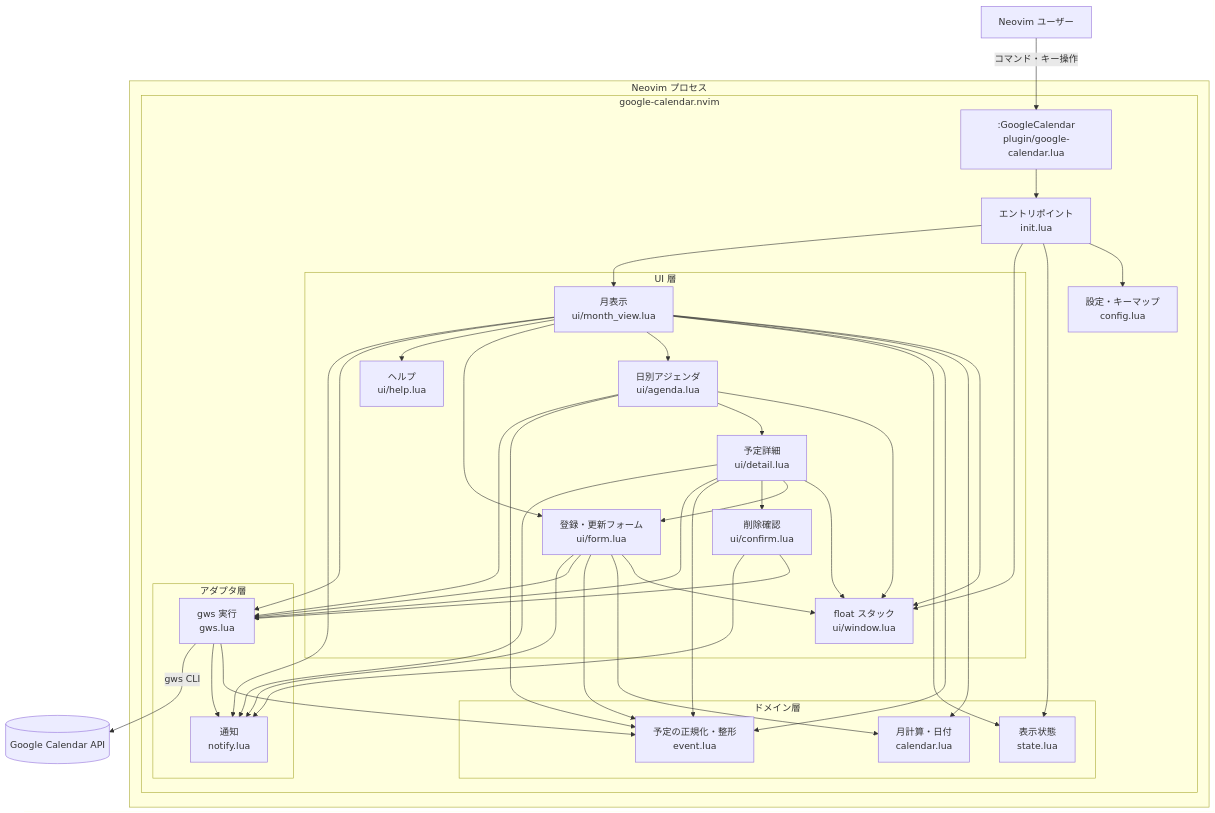
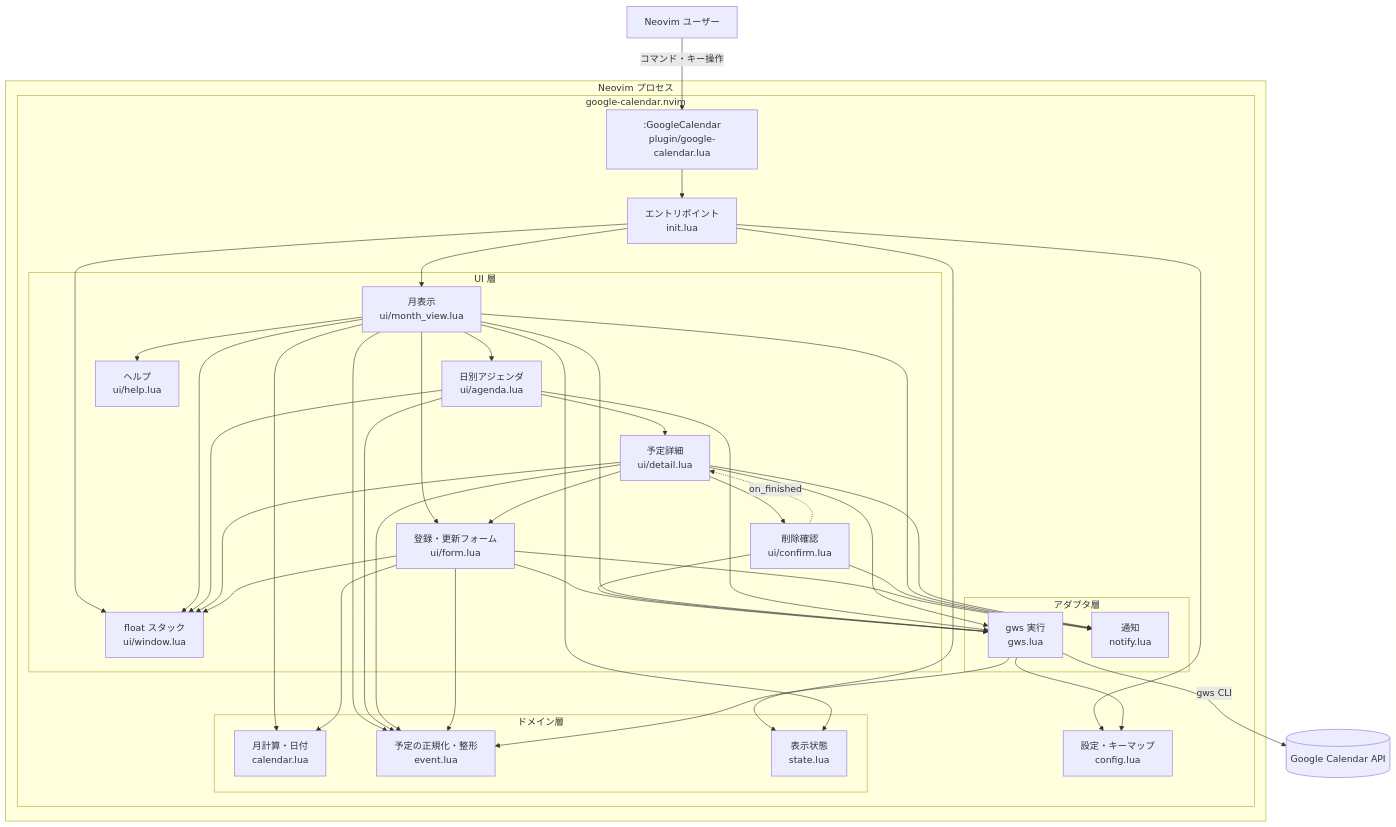
Before and after one commit to skanehira/google-calendar.nvim: the diagram in docs/design/DESIGN.md, drawn with Mermaid. The commit also changed other lines of this file and 36 other files, not shown here.

````diff
--- a/docs/design/DESIGN.md
+++ b/docs/design/DESIGN.md
@@ -55,78 +55,79 @@
 ```mermaid
 flowchart TB
     User[Neovim ユーザー]
 
     subgraph nvim[Neovim プロセス]
         subgraph plugin[google-calendar.nvim]
             Cmd[":GoogleCalendar<br/>plugin/google-calendar.lua"]
             Init["エントリポイント<br/>init.lua"]
             Config["設定・キーマップ<br/>config.lua"]
 
             subgraph ui[UI 層]
                 Stack["float スタック<br/>ui/window.lua"]
                 Month["月表示<br/>ui/month_view.lua"]
                 Agenda["日別アジェンダ<br/>ui/agenda.lua"]
                 Detail["予定詳細<br/>ui/detail.lua"]
                 Form["登録・更新フォーム<br/>ui/form.lua"]
                 Help["ヘルプ<br/>ui/help.lua"]
                 Confirm["削除確認<br/>ui/confirm.lua"]
             end
 
             subgraph domain[ドメイン層]
                 Calendar["月計算・日付<br/>calendar.lua"]
                 Event["予定の正規化・整形<br/>event.lua"]
                 State["表示状態<br/>state.lua"]
             end
 
             subgraph adapter[アダプタ層]
                 GWS["gws 実行<br/>gws.lua"]
                 Notify["通知<br/>notify.lua"]
             end
         end
     end
 
     GWSAPI[(Google Calendar API)]
 
     User -->|コマンド・キー操作| Cmd
     Cmd --> Init
     Init --> Config
     Init --> State
     Init --> Stack
     Init --> Month
 
     Month --> Stack
     Month --> Calendar
     Month --> Event
     Month --> State
     Month --> Agenda
     Month --> Form
     Month --> Help
 
     Agenda --> Stack
     Agenda --> Detail
     Agenda --> Event
 
     Detail --> Stack
     Detail --> Form
     Detail --> Confirm
     Detail --> Event
 
     Form --> Stack
     Form --> Calendar
     Form --> Event
     Form --> GWS
     Form --> Notify
 
     Confirm --> GWS
     Confirm --> Notify
 
     Month --> GWS
     Month --> Notify
     Agenda --> GWS
     Detail --> GWS
     Detail --> Notify
 
     GWS --> Event
-    GWS --> Notify
+    GWS --> Config
+    Confirm -.->|on_finished| Detail
     GWS -->|gws CLI| GWSAPI
 ```
````
